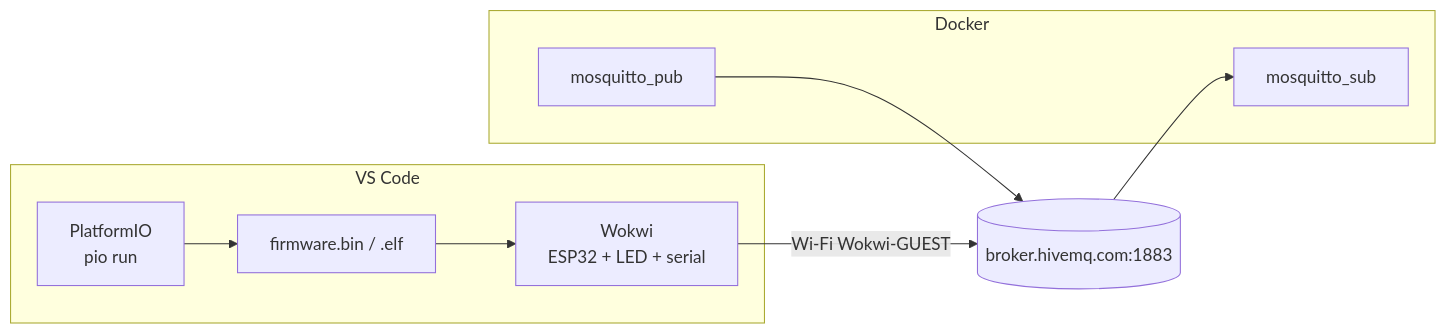
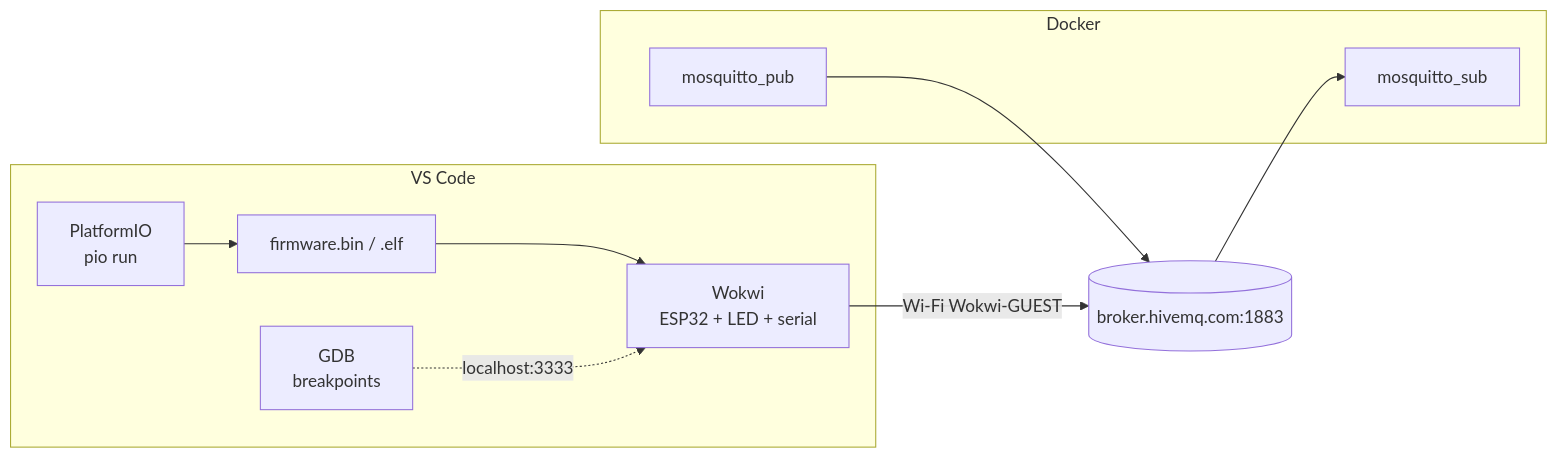
Before and after one commit to ruseleredu/iiot-docs: the first of 2 diagrams in labs-docs/LAB02.mdx, drawn with Mermaid. The commit also changed other lines of this file, not shown here.

First line of the commit message:
Expandir LAB02 com setup e depuração GDB

````diff
--- a/labs-docs/LAB02.mdx
+++ b/labs-docs/LAB02.mdx
@@ -40,14 +41,15 @@
 ```mermaid
 flowchart LR
   subgraph VS["VS Code"]
     PIO["PlatformIO<br/>pio run"] --> FW["firmware.bin / .elf"]
     FW --> WK["Wokwi<br/>ESP32 + LED + serial"]
+    GDB["GDB<br/>breakpoints"] -. "localhost:3333" .-> WK
   end
   WK -- "Wi-Fi Wokwi-GUEST" --> BRK[("broker.hivemq.com:1883")]
   subgraph DK["Docker"]
     SUB["mosquitto_sub"]
     PUB["mosquitto_pub"]
   end
   BRK --> SUB
   PUB --> BRK
 ```
````
